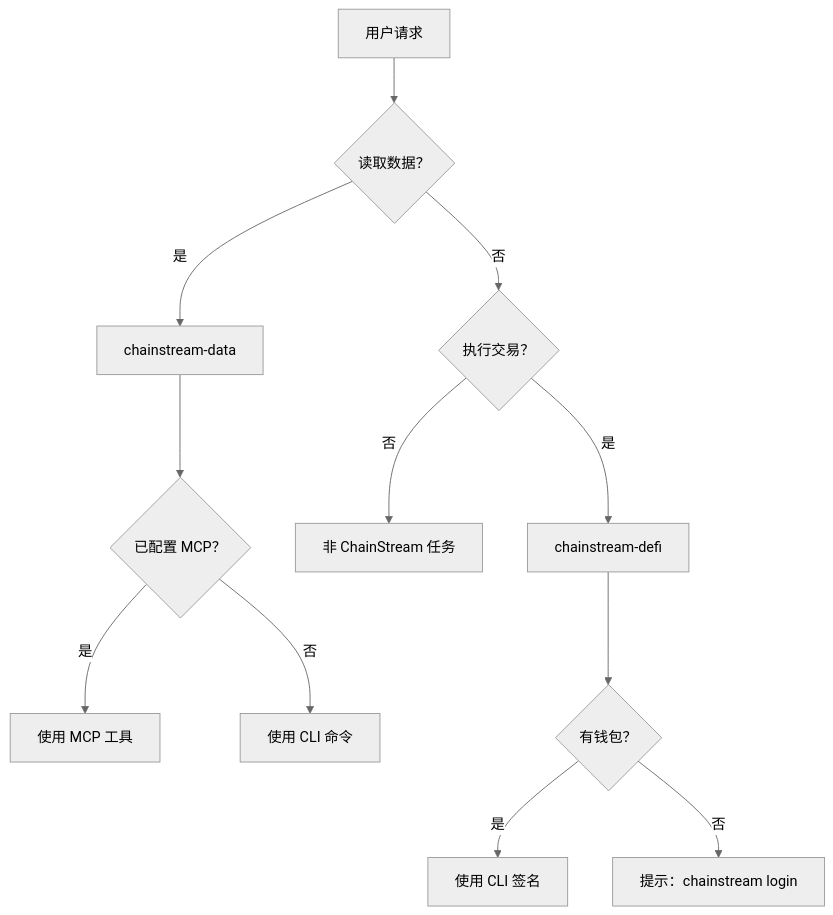
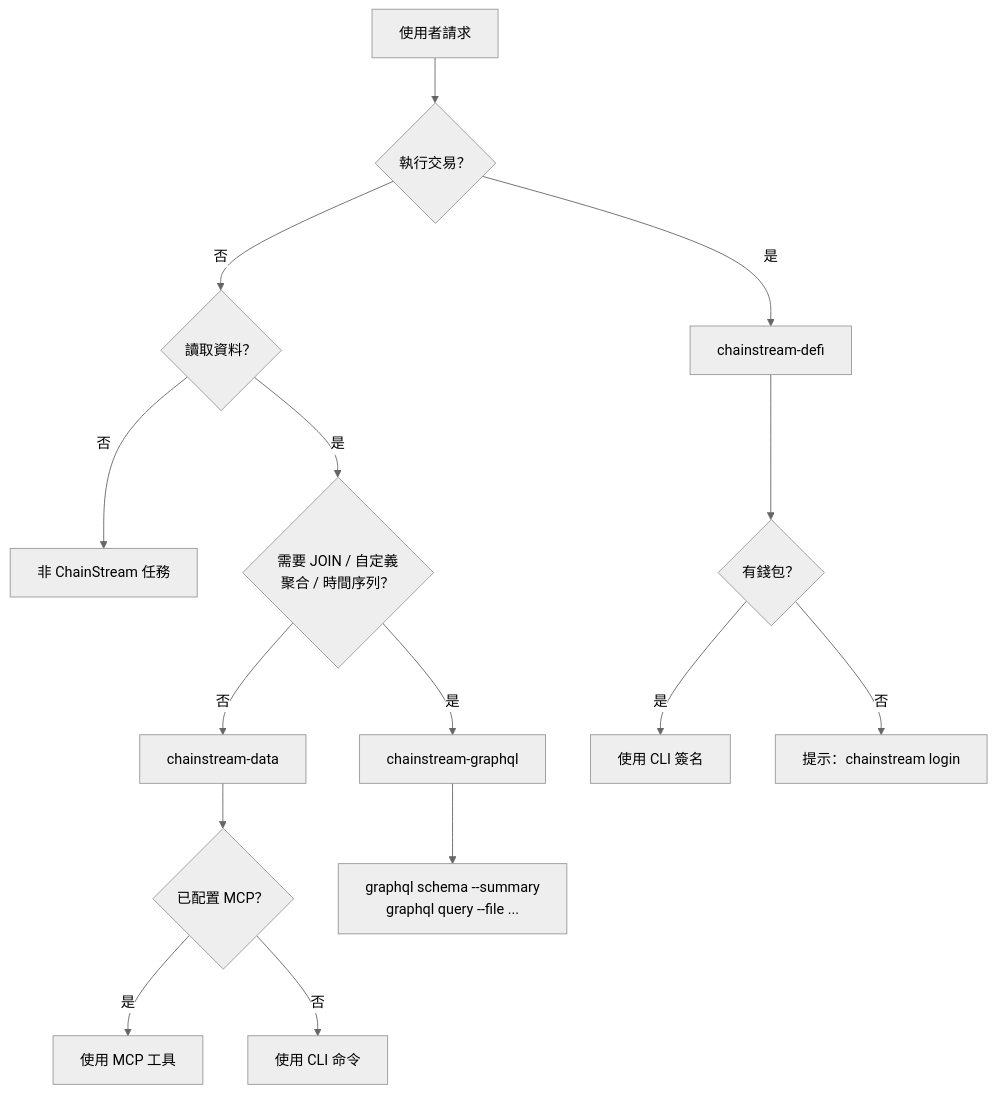
One commit to chainstream-io/docs changed the diagram in zh-Hant/docs/ai-agents/agent-skills/introduction.mdx. Above: the diagram before and after it, drawn with Mermaid (neutral theme). The commit also changed other lines of this file and 551 other files, not shown here.

````diff
--- a/zh-Hant/docs/ai-agents/agent-skills/introduction.mdx
+++ b/zh-Hant/docs/ai-agents/agent-skills/introduction.mdx
@@ -33,16 +36,20 @@
 ```mermaid
 flowchart TD
-  Start["用户请求"] --> IsData{"读取数据？"}
-  IsData -->|是| DataSkill["chainstream-data"]
-  IsData -->|否| IsDefi{"执行交易？"}
-  IsDefi -->|是| DefiSkill["chainstream-defi"]
-  IsDefi -->|否| NotCovered["非 ChainStream 任务"]
+  Start["使用者請求"] --> IsExec{"執行交易？"}
+  IsExec -->|是| DefiSkill["chainstream-defi"]
+  IsExec -->|否| IsData{"讀取資料？"}
+  IsData -->|否| NotCovered["非 ChainStream 任務"]
+  IsData -->|是| Custom{"需要 JOIN / 自定義<br/>聚合 / 時間序列？"}
+  Custom -->|是| GraphqlSkill["chainstream-graphql"]
+  Custom -->|否| DataSkill["chainstream-data"]
 
   DataSkill --> HasMCP{"已配置 MCP？"}
   HasMCP -->|是| UseMCP["使用 MCP 工具"]
   HasMCP -->|否| UseCLI["使用 CLI 命令"]
 
-  DefiSkill --> HasWallet{"有钱包？"}
-  HasWallet -->|是| UseCLIDeFi["使用 CLI 签名"]
+  GraphqlSkill --> Schema["graphql schema --summary<br/>graphql query --file ..."]
+
+  DefiSkill --> HasWallet{"有錢包？"}
+  HasWallet -->|是| UseCLIDeFi["使用 CLI 簽名"]
   HasWallet -->|否| NeedWallet["提示：chainstream login"]
 ```
````
